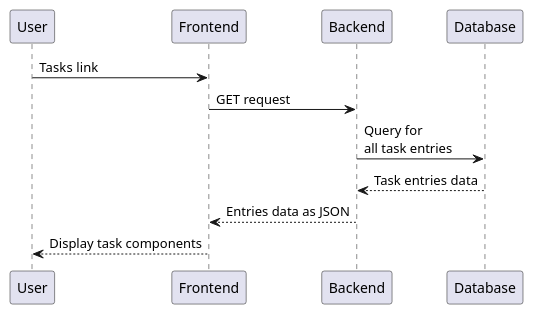
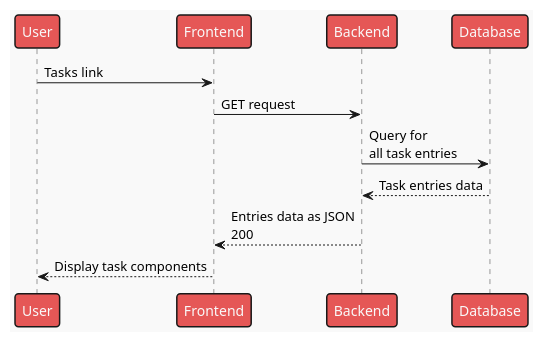
One commit to Toby-Rea/planner changed the second of 18 diagrams in docs/Sequences.puml. Above: the diagram before and after it, drawn with PlantUML. The commit also changed other lines of this file and 18 other files, not shown here.

Commit message:
added 404 responses to appropriate sequences and added mars theme to diagrams

```diff
--- a/docs/Sequences.puml
+++ b/docs/Sequences.puml
@@ -9,13 +10,14 @@
 @startuml Display tasks index
+!theme mars 
 participant User as u
 participant Frontend as fe
 participant Backend as be
 participant Database as db
 
 u -> fe: Tasks link
 fe -> be: GET request
 be -> db: Query for\nall task entries
 be <-- db: Task entries data
-fe <-- be: Entries data as JSON
+fe <-- be: Entries data as JSON\n200
 u <-- fe: Display task components
 @enduml
```
